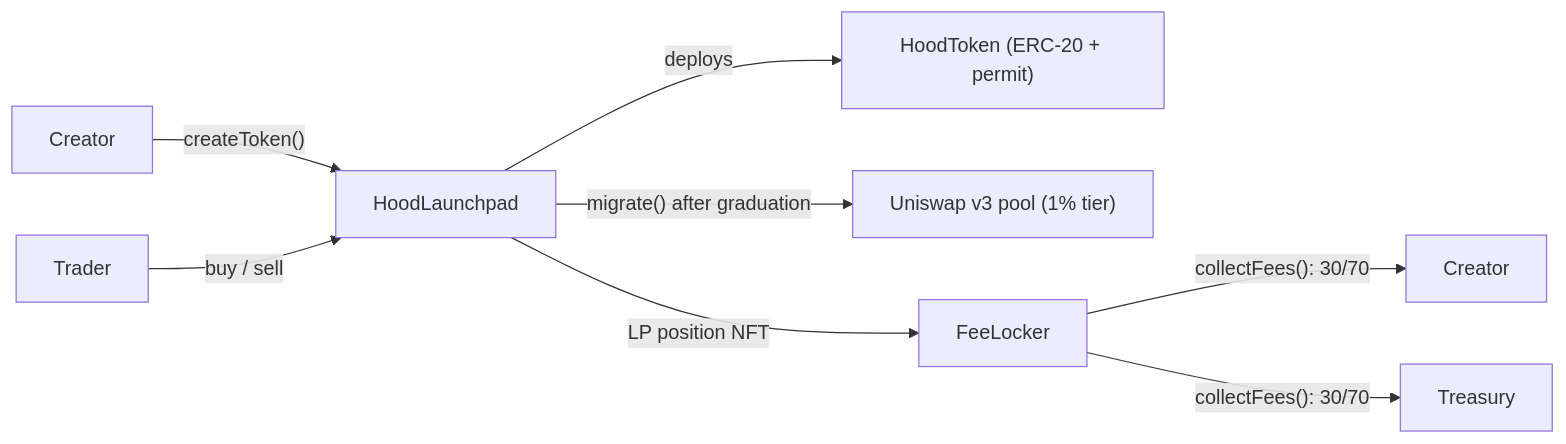
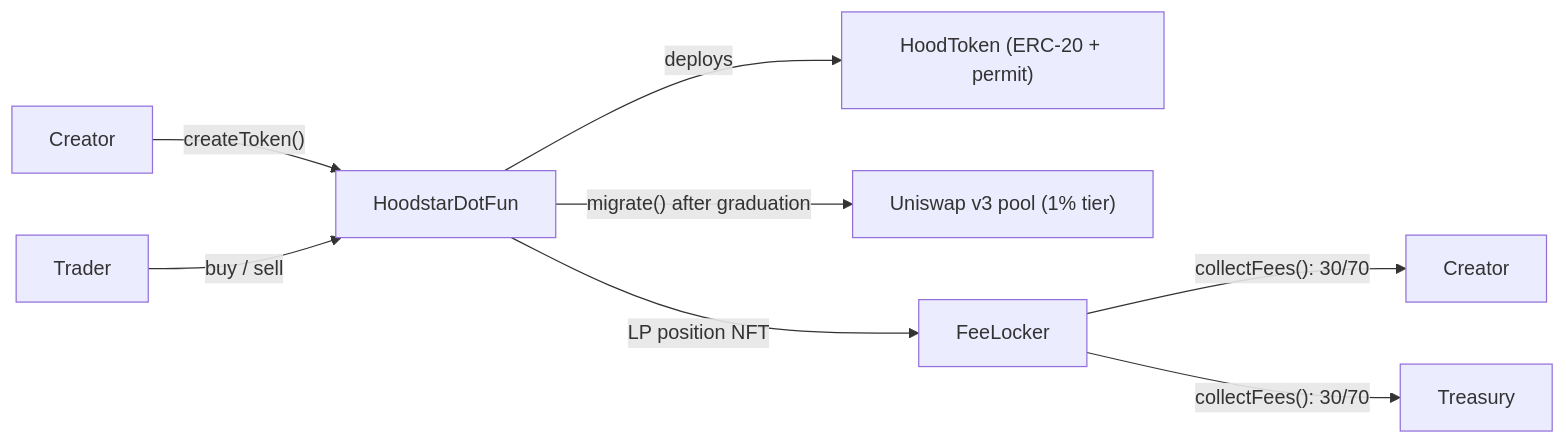
Before and after one commit to 0xAtaraxos/veto-docs: the diagram in developers/overview.mdx, drawn with Mermaid. The commit also changed other lines of this file and 8 other files, not shown here.

First line of the commit message:
Sync docs with HoodstarDotFun v2 deployment

````diff
--- a/developers/overview.mdx
+++ b/developers/overview.mdx
@@ -38,9 +38,9 @@
 ```mermaid
 flowchart LR
-    Creator -- "createToken()" --> LP[HoodLaunchpad]
+    Creator -- "createToken()" --> LP[HoodstarDotFun]
     Trader -- "buy / sell" --> LP
     LP -- deploys --> T["HoodToken (ERC-20 + permit)"]
     LP -- "migrate() after graduation" --> UNI["Uniswap v3 pool (1% tier)"]
     LP -- "LP position NFT" --> FL[FeeLocker]
     FL -- "collectFees(): 30/70" --> Creator2[Creator] & Treasury
 ```
````
